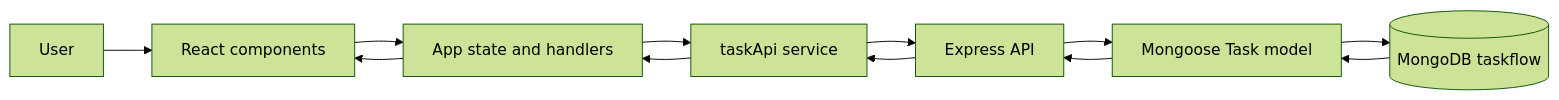
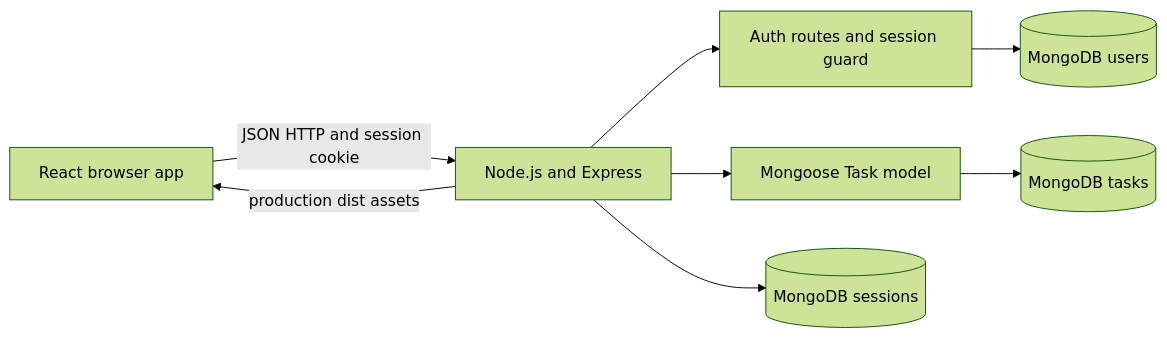
Before and after one commit to harsh17-ops/MERN-CRUD-Scheduler: the first of 4 diagrams in docs/ARCHITECTURE.md, drawn with Mermaid (forest theme). The commit also changed other lines of this file and 17 other files, not shown here.

````diff
--- a/docs/ARCHITECTURE.md
+++ b/docs/ARCHITECTURE.md
@@ -14,10 +7,10 @@
 ```mermaid
 flowchart LR
-  User --> UI[React components]
-  UI --> App[App state and handlers]
-  App --> APIClient[taskApi service]
-  APIClient --> Express[Express API]
-  Express --> Model[Mongoose Task model]
-  Model --> DB[(MongoDB taskflow)]
-  DB --> Model --> Express --> APIClient --> App --> UI
+  Browser[React browser app] -->|JSON HTTP and session cookie| Express[Node.js and Express]
+  Express --> Auth[Auth routes and session guard]
+  Auth --> Users[(MongoDB users)]
+  Express --> TaskModel[Mongoose Task model]
+  TaskModel --> Tasks[(MongoDB tasks)]
+  Express --> Sessions[(MongoDB sessions)]
+  Express -->|production dist assets| Browser
 ```
````
